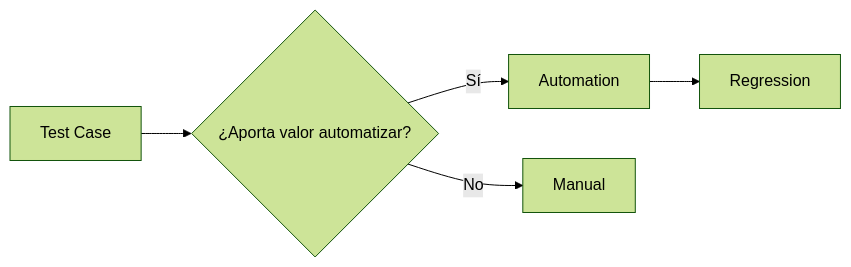
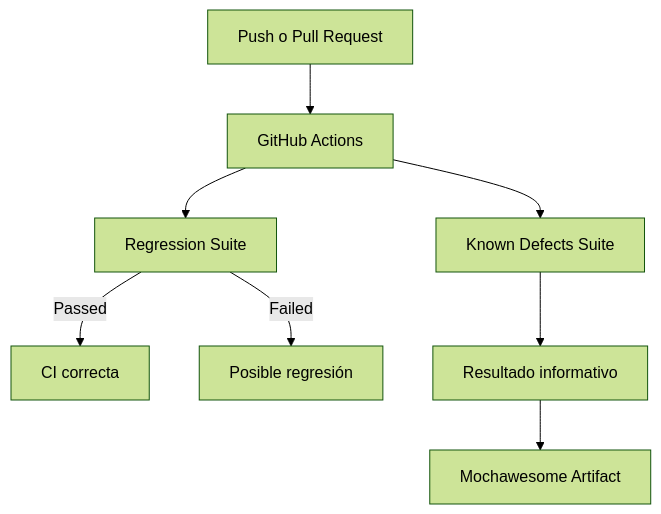
The second of 4 diagrams in docs/test-strategy.md (MichaelR21z/shady-meadows-bnb-automation), drawn with Mermaid (forest theme) before and after one commit. The commit also changed other lines of this file, not shown here.

````diff
--- a/docs/test-strategy.md
+++ b/docs/test-strategy.md
@@ -114,7 +217,12 @@
 ```mermaid
-flowchart LR
-    A[Test Case] --> B{¿Aporta valor automatizar?}
-    B -->|Sí| C[Automation]
-    B -->|No| D[Manual]
-    C --> E[Regression]
+flowchart TD
+    A[Push o Pull Request] --> B[GitHub Actions]
+    B --> C[Regression Suite]
+    B --> D[Known Defects Suite]
+
+    C -->|Passed| E[CI correcta]
+    C -->|Failed| F[Posible regresión]
+
+    D --> G[Resultado informativo]
+    G --> H[Mochawesome Artifact]
 ```
````
